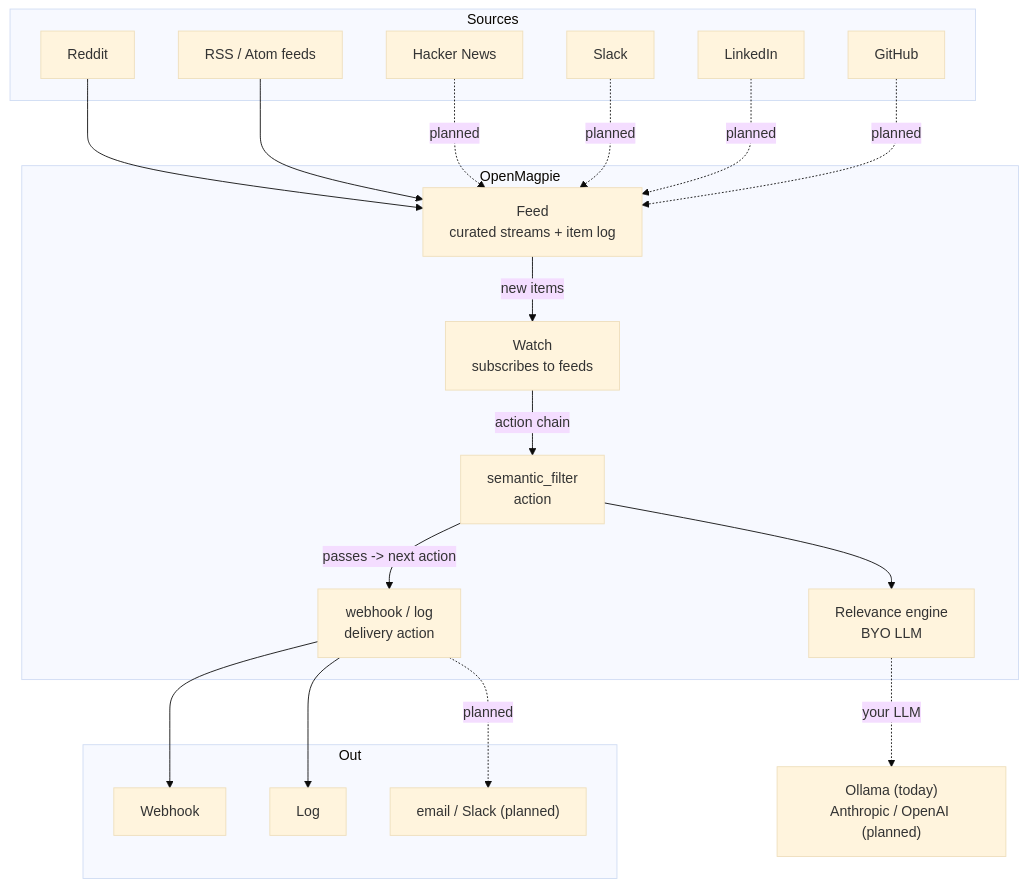
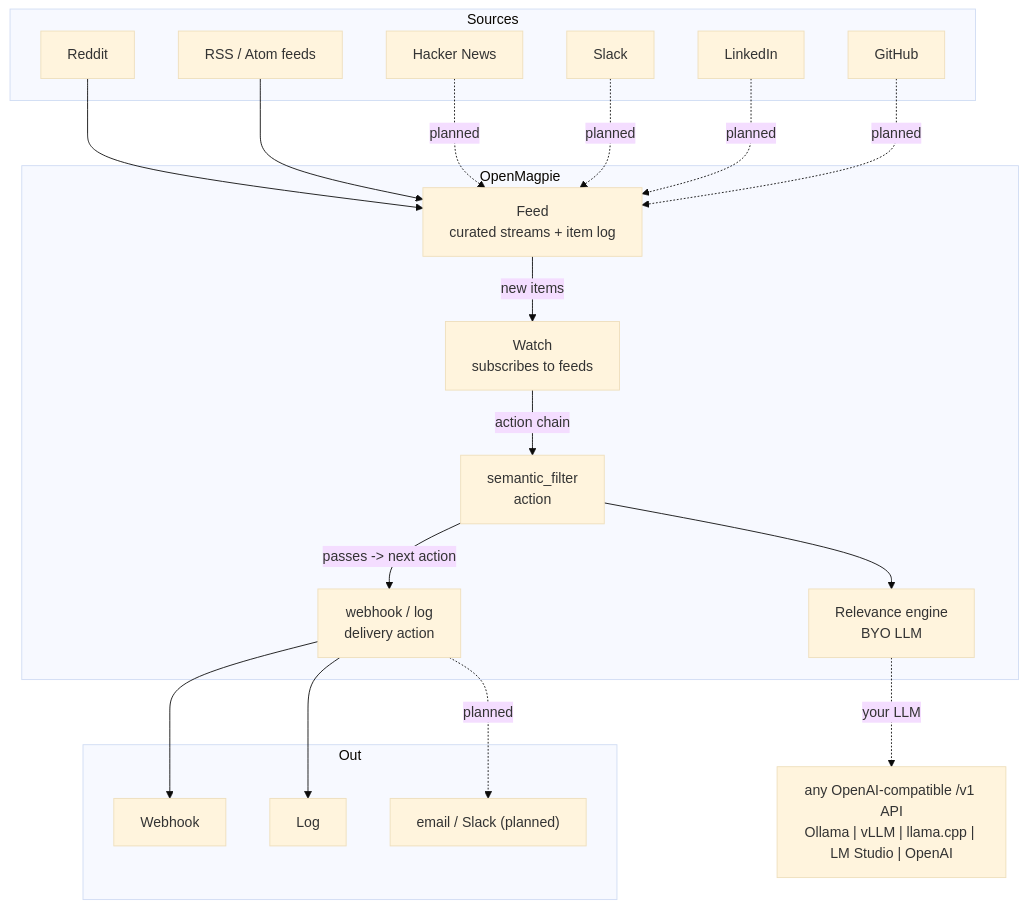
Before and after one commit to PRACE1/openmagpie: the diagram in README.md, drawn with Mermaid (base theme). The commit also changed other lines of this file and 45 other files, not shown here.

````diff
--- a/README.md
+++ b/README.md
@@ -104,42 +105,42 @@
 ```mermaid
 graph TD
     subgraph Sources
         REDDIT[Reddit]
         RSS[RSS / Atom feeds]
         HN[Hacker News]
         SLACK[Slack]
         LINKEDIN[LinkedIn]
         GITHUB[GitHub]
     end
 
     subgraph OpenMagpie
         FEED[Feed<br/>curated streams + item log]
         WATCH[Watch<br/>subscribes to feeds]
         FILTER[semantic_filter<br/>action]
         ENGINE[Relevance engine<br/>BYO LLM]
         DELIVER[webhook / log<br/>delivery action]
     end
 
     subgraph Out
         WEBHOOK[Webhook]
         LOG[Log]
         FUTURE["email / Slack (planned)"]
     end
 
     REDDIT --> FEED
     RSS --> FEED
     HN -. planned .-> FEED
     SLACK -. planned .-> FEED
     LINKEDIN -. planned .-> FEED
     GITHUB -. planned .-> FEED
 
     FEED -- "new items" --> WATCH
     WATCH -- "action chain" --> FILTER
     FILTER --> ENGINE
-    ENGINE -. "your LLM" .-> LLM["Ollama (today)<br/>Anthropic / OpenAI (planned)"]
+    ENGINE -. "your LLM" .-> LLM["any OpenAI-compatible /v1 API<br/>Ollama | vLLM | llama.cpp | LM Studio | OpenAI"]
     FILTER -- "passes -> next action" --> DELIVER
 
     DELIVER --> WEBHOOK
     DELIVER --> LOG
     DELIVER -. planned .-> FUTURE
 ```
````
